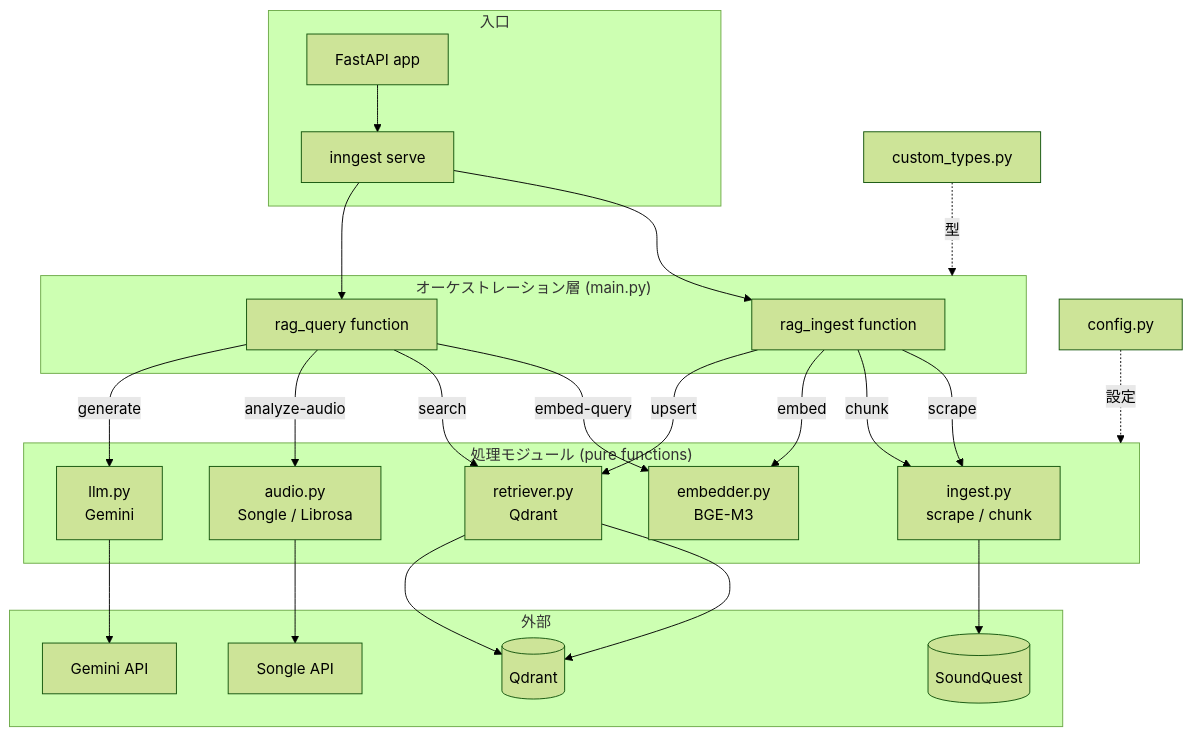
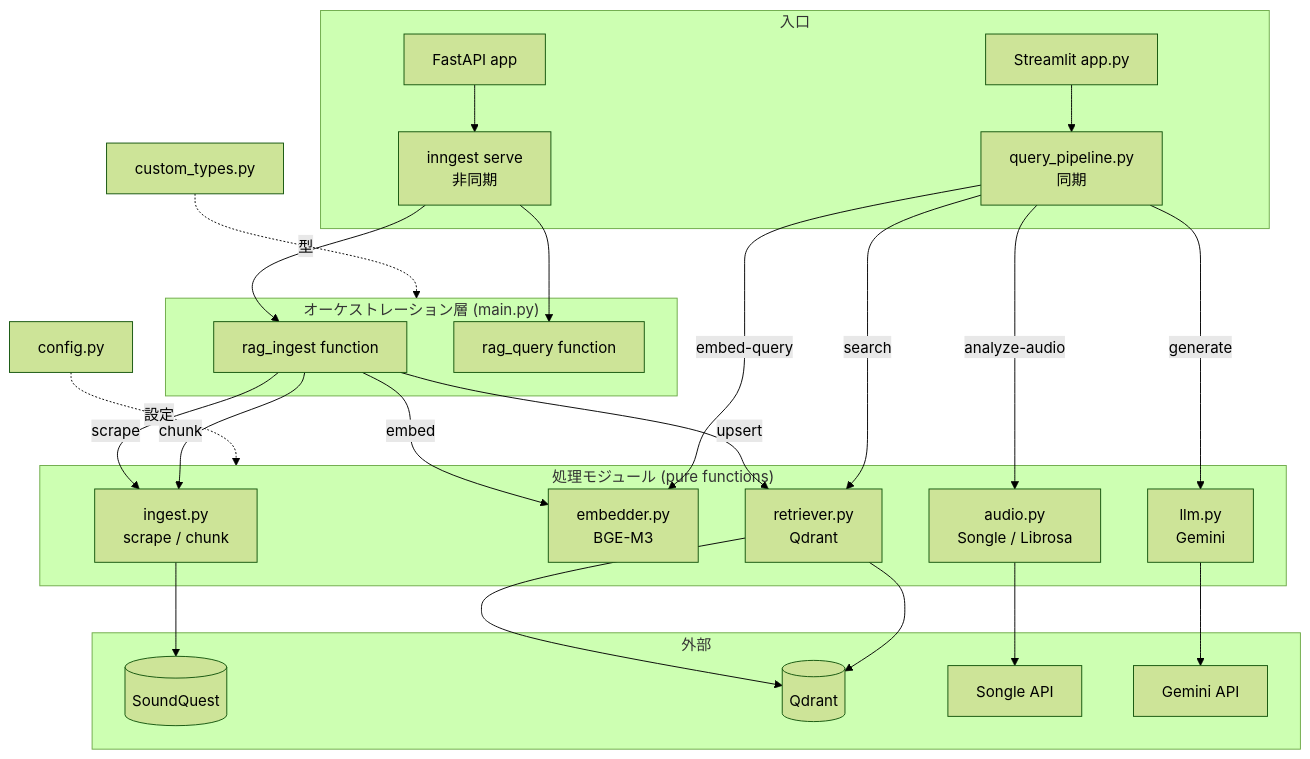
One commit to t3-sketch/RAG_Music_Tutor changed the diagram in README.md. Above: the diagram before and after it, drawn with Mermaid (forest theme). The commit also changed other lines of this file, not shown here.

````diff
--- a/README.md
+++ b/README.md
@@ -23,42 +51,43 @@
 ```mermaid
 flowchart TD
     subgraph entry["入口"]
-        FA[FastAPI app] --> ING[inngest serve]
+        ST[Streamlit app.py] --> QP[query_pipeline.py<br/>同期]
+        FA[FastAPI app] --> ING[inngest serve<br/>非同期]
     end
 
     subgraph orch["オーケストレーション層 (main.py)"]
         RI[rag_ingest function]
         RQ[rag_query function]
     end
 
     subgraph proc["処理モジュール (pure functions)"]
         ingest[ingest.py<br/>scrape / chunk]
         embedder[embedder.py<br/>BGE-M3]
         retriever[retriever.py<br/>Qdrant]
         audio[audio.py<br/>Songle / Librosa]
         llm[llm.py<br/>Gemini]
     end
 
     subgraph ext["外部"]
         SQ[(SoundQuest)]
         QD[(Qdrant)]
         SG[Songle API]
         GM[Gemini API]
     end
 
     ING --> RI
     ING --> RQ
 
     RI -->|scrape| ingest --> SQ
     RI -->|chunk| ingest
     RI -->|embed| embedder
     RI -->|upsert| retriever --> QD
 
-    RQ -->|embed-query| embedder
-    RQ -->|search| retriever --> QD
-    RQ -->|analyze-audio| audio --> SG
-    RQ -->|generate| llm --> GM
+    QP -->|embed-query| embedder
+    QP -->|search| retriever --> QD
+    QP -->|analyze-audio| audio --> SG
+    QP -->|generate| llm --> GM
 
     config[config.py] -.設定.-> proc
     types[custom_types.py] -.型.-> orch
 ```
````
